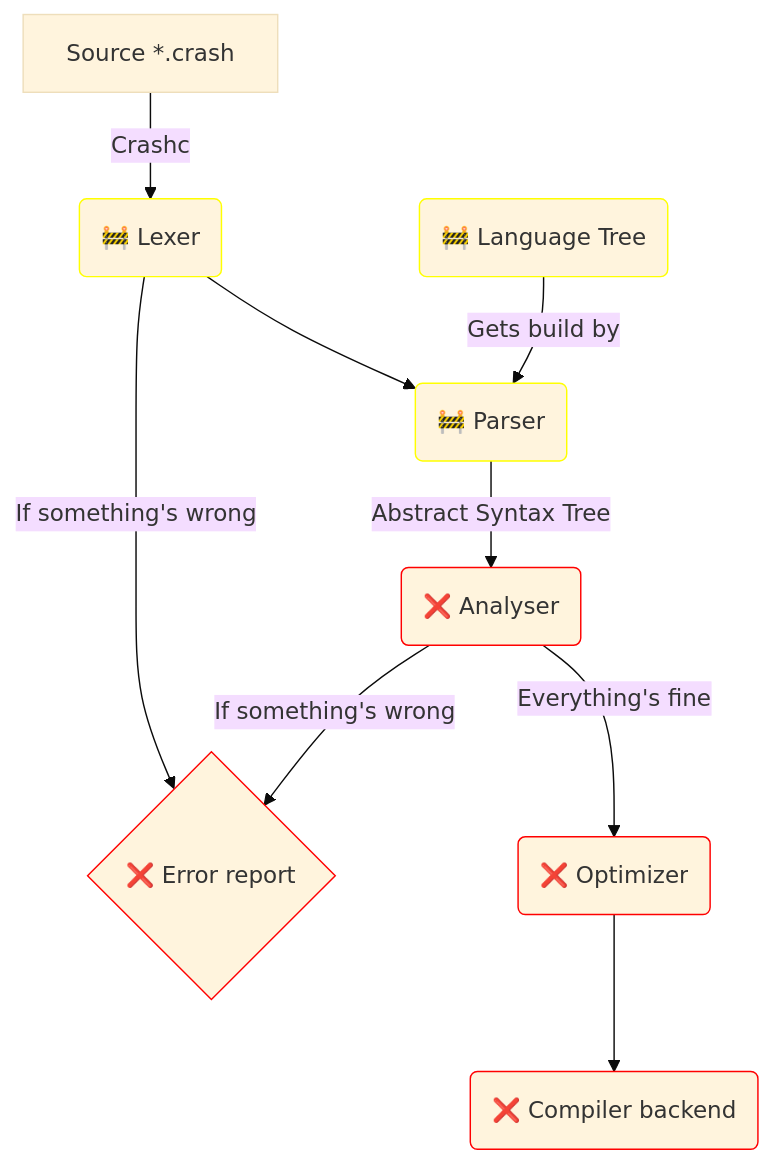
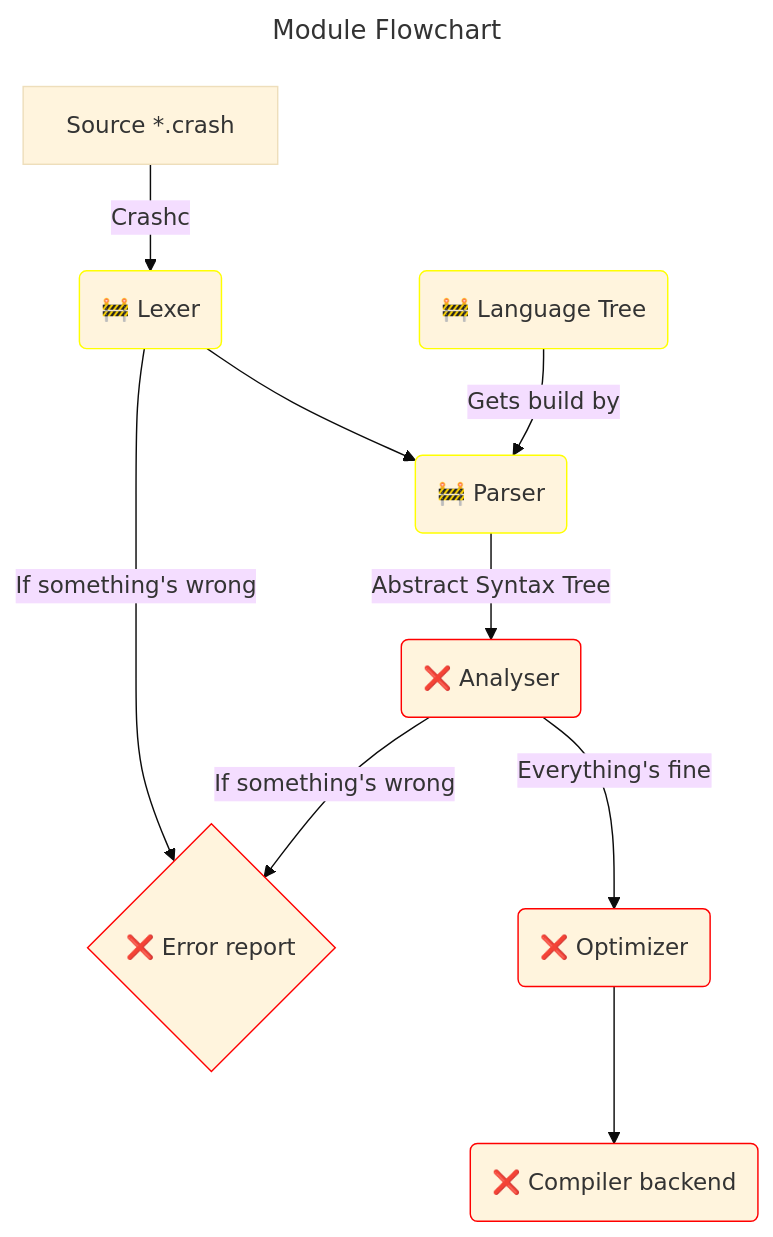
Before and after one commit to crash-lang/crash: the diagram in compiler/README.md, drawn with Mermaid (base theme).

Commit message:
Edited compiler README

````diff
--- a/compiler/README.md
+++ b/compiler/README.md
@@ -31,31 +31,34 @@
 ```mermaid
+---
+title: Module Flowchart
+---
 flowchart TD;
     classDef green stroke:#0f0
     classDef red stroke:#f00
     classDef yellow stroke:#ffff00
 
     CODE[Source *.crash] --> |Crashc| LEXER
 
     LEXER(🚧 Lexer) --> PARSER
     LEXER:::yellow --> |If something's wrong| E_REPORT
 
     TREE(🚧 Language Tree) --> |Gets build by| PARSER
     TREE:::yellow
 
     PARSER(🚧 Parser) --> |Abstract Syntax Tree| ANALYSER
     PARSER:::yellow
 
     ANALYSER:::red
     ANALYSER(❌ Analyser) --> |If something's wrong| E_REPORT
     ANALYSER --> |Everything's fine| OPTIMIZER
 
     E_REPORT:::red
     E_REPORT{❌ Error report}
 
     OPTIMIZER:::red
     OPTIMIZER(❌ Optimizer) --> BACKEND
 
     BACKEND:::red
     BACKEND(❌ Compiler backend)
 
 ```
````
